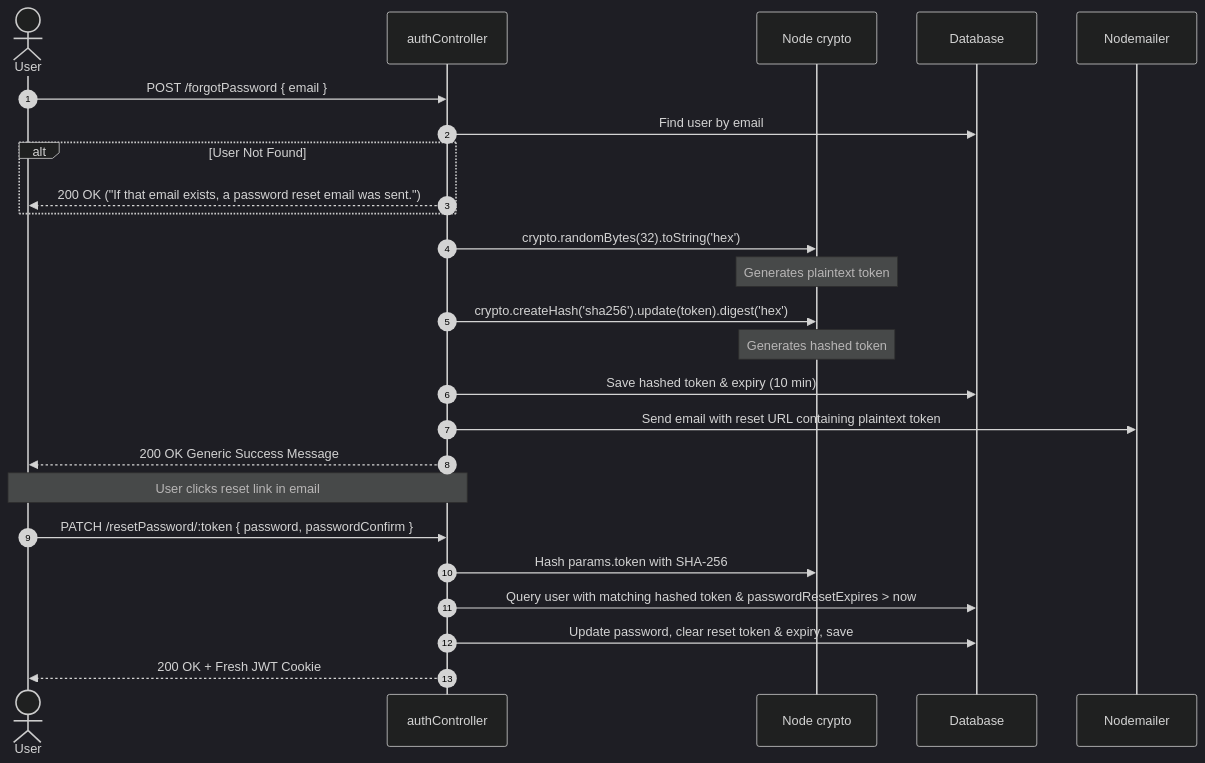
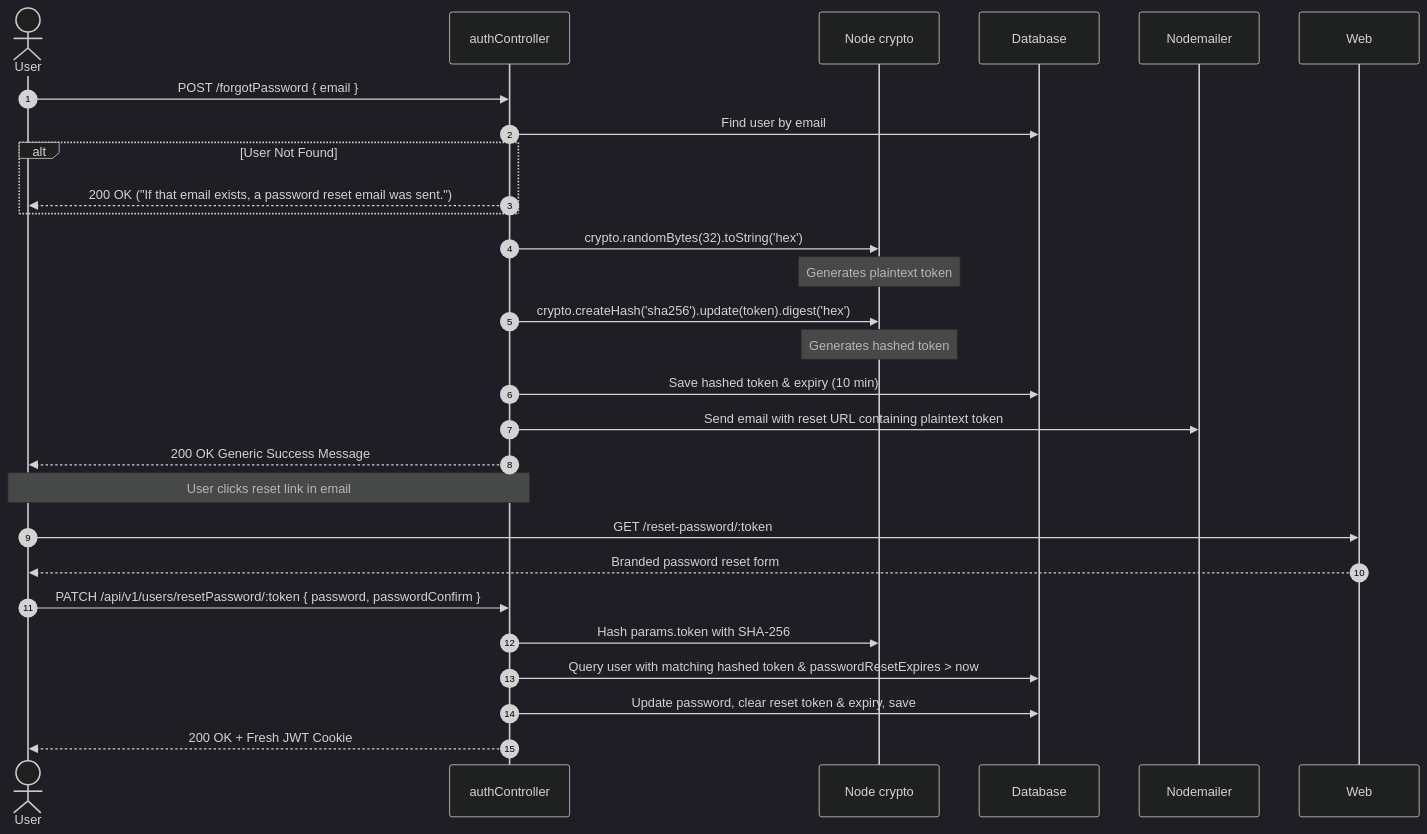
One commit to KhezamiTaha/natours changed the third of 3 diagrams in README.md. Above: the diagram before and after it, drawn with Mermaid (dark theme). The commit also changed other lines of this file and 29 other files, not shown here.

Commit message:
feat: add password recovery and auth email flow

````diff
--- a/README.md
+++ b/README.md
@@ -556,31 +556,33 @@
 ```mermaid
 sequenceDiagram
     autonumber
     actor User
     participant Auth as authController
     participant Crypto as Node crypto
     participant DB as Database
     participant Mail as Nodemailer
 
     User->>Auth: POST /forgotPassword { email }
     Auth->>DB: Find user by email
     alt User Not Found
         Auth-->>User: 200 OK ("If that email exists, a password reset email was sent.")
     end
 
     Auth->>Crypto: crypto.randomBytes(32).toString('hex')
     Note over Crypto: Generates plaintext token
     Auth->>Crypto: crypto.createHash('sha256').update(token).digest('hex')
     Note over Crypto: Generates hashed token
 
     Auth->>DB: Save hashed token & expiry (10 min)
     Auth->>Mail: Send email with reset URL containing plaintext token
     Auth-->>User: 200 OK Generic Success Message
 
     Note over User, Auth: User clicks reset link in email
-    User->>Auth: PATCH /resetPassword/:token { password, passwordConfirm }
+   User->>Web: GET /reset-password/:token
+   Web-->>User: Branded password reset form
+   User->>Auth: PATCH /api/v1/users/resetPassword/:token { password, passwordConfirm }
     Auth->>Crypto: Hash params.token with SHA-256
     Auth->>DB: Query user with matching hashed token & passwordResetExpires > now
     Auth->>DB: Update password, clear reset token & expiry, save
     Auth-->>User: 200 OK + Fresh JWT Cookie
 ```
````
